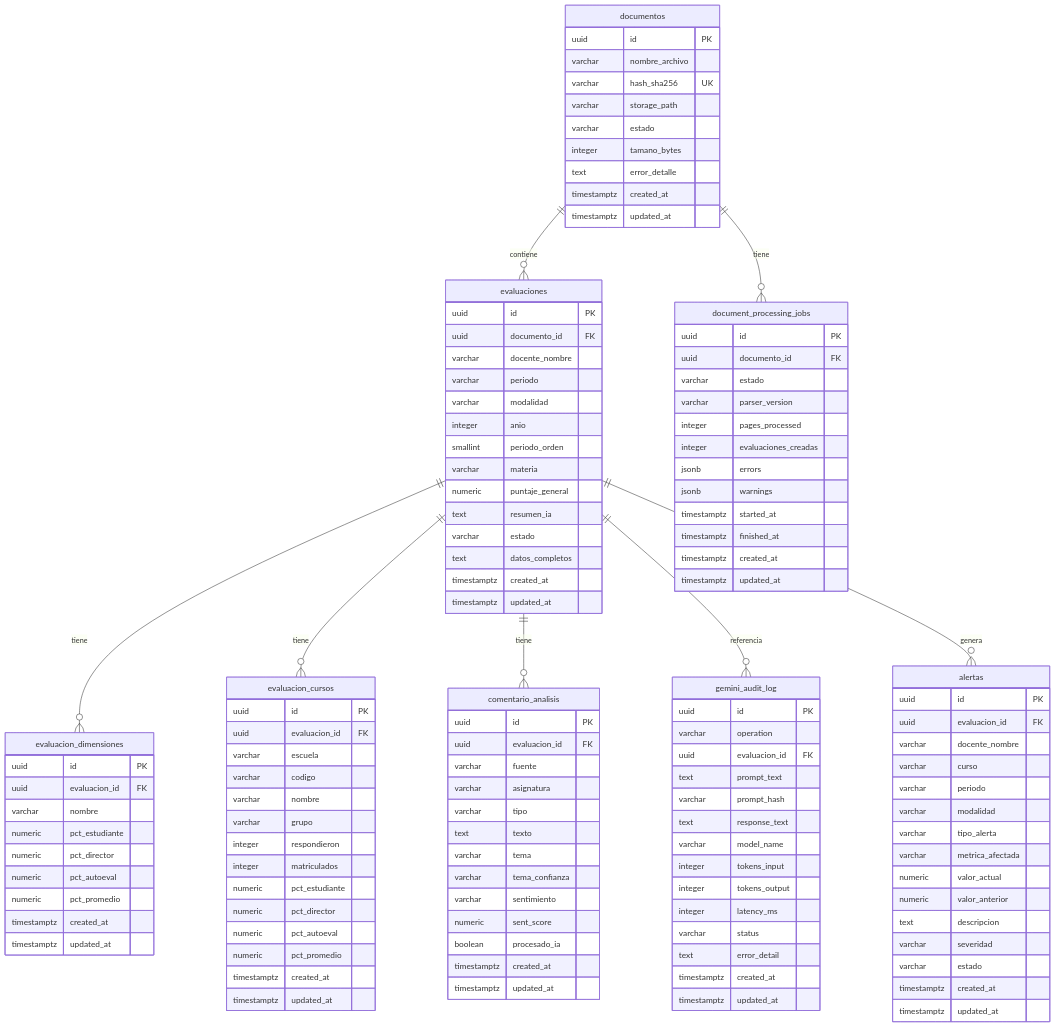
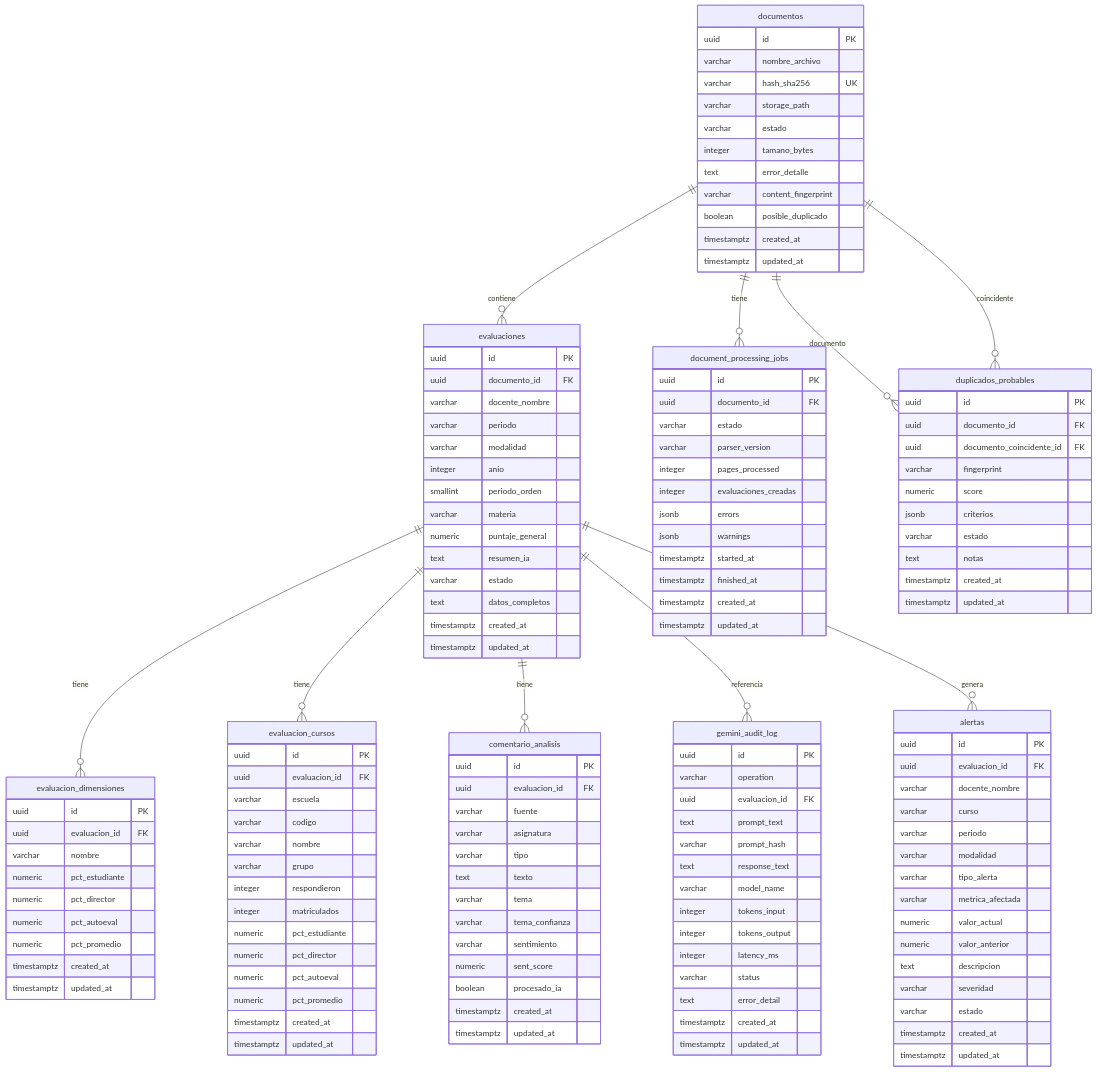
The diagram in docs/data-model.md (soviedos/Evaluaciones_Docentes), drawn with Mermaid before and after one commit. The commit also changed other lines of this file and 30 other files, not shown here.

```diff
--- a/docs/data-model.md
+++ b/docs/data-model.md
@@ -11,11 +11,26 @@
 erDiagram
     documentos ||--o{ evaluaciones : "contiene"
     documentos ||--o{ document_processing_jobs : "tiene"
+    documentos ||--o{ duplicados_probables : "documento"
+    documentos ||--o{ duplicados_probables : "coincidente"
     evaluaciones ||--o{ evaluacion_dimensiones : "tiene"
     evaluaciones ||--o{ evaluacion_cursos : "tiene"
     evaluaciones ||--o{ comentario_analisis : "tiene"
     evaluaciones ||--o{ gemini_audit_log : "referencia"
     evaluaciones ||--o{ alertas : "genera"
+
+    duplicados_probables {
+        uuid id PK
+        uuid documento_id FK
+        uuid documento_coincidente_id FK
+        varchar fingerprint
+        numeric score
+        jsonb criterios
+        varchar estado
+        text notas
+        timestamptz created_at
+        timestamptz updated_at
+    }
 
     documentos {
         uuid id PK
@@ -25,6 +40,8 @@
         varchar estado
         integer tamano_bytes
         text error_detalle
+        varchar content_fingerprint
+        boolean posible_duplicado
         timestamptz created_at
         timestamptz updated_at
     }
```
